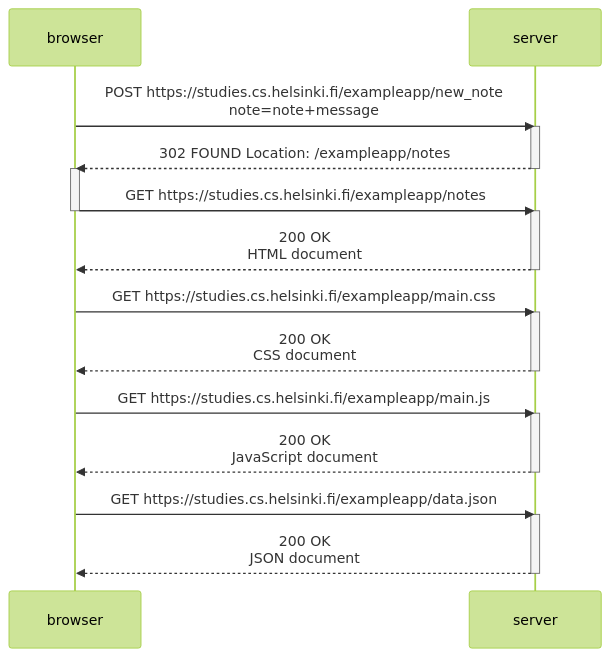
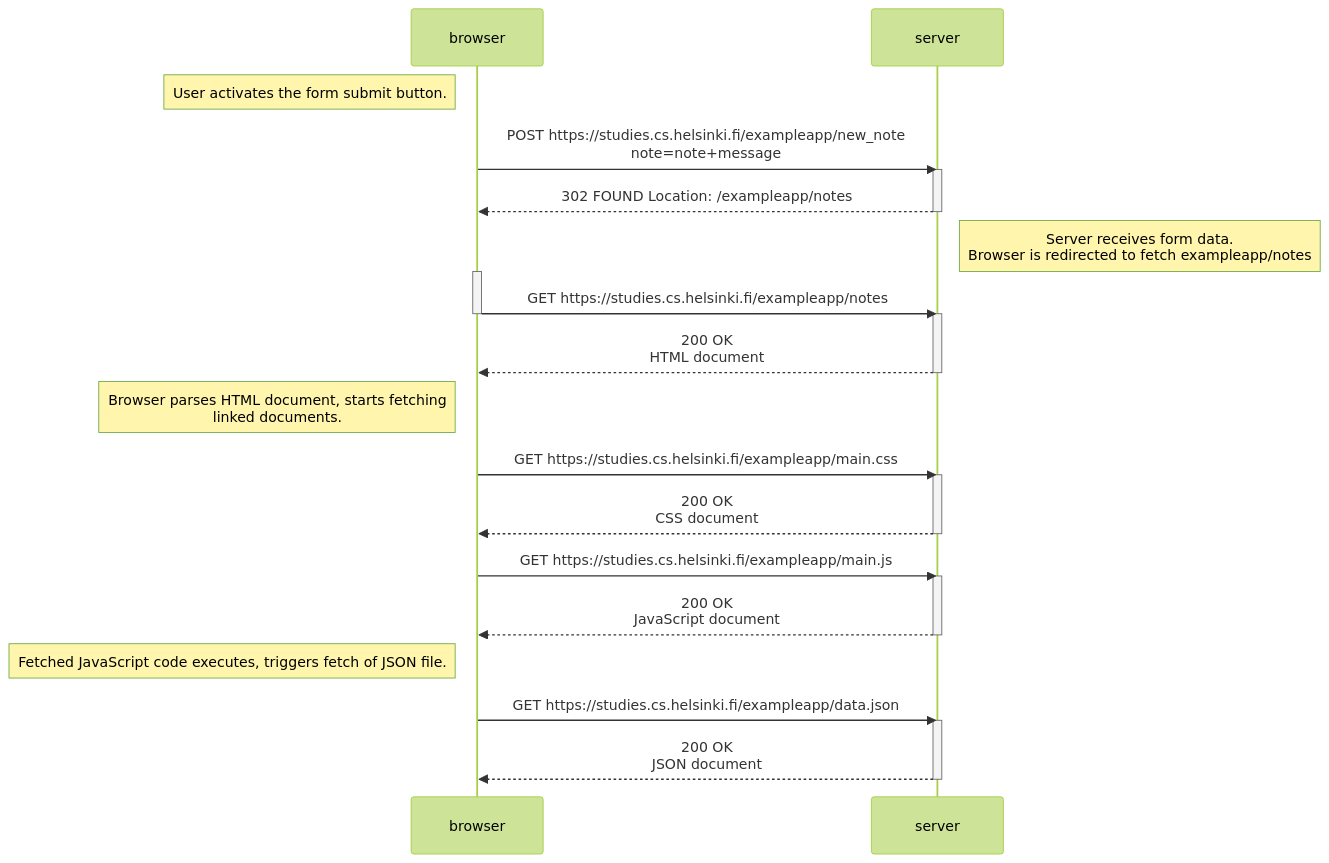
One commit to aniemela-cloud/fullstack-exercises changed the diagram in part0/new-note-diagram/Newnote.md. Above: the diagram before and after it, drawn with Mermaid (forest theme). The commit also changed other lines of this file, not shown here.

Commit message:
Update Newnote.md
Added notes to diagram, changed heading.

````diff
--- a/part0/new-note-diagram/Newnote.md
+++ b/part0/new-note-diagram/Newnote.md
@@ -3,31 +3,36 @@
 ```mermaid
 sequenceDiagram
     participant browser
     participant server
+
+    Note left of browser: User activates the form submit button.
     browser->>server: POST https://studies.cs.helsinki.fi/exampleapp/new_note <br/>note=note+message
     activate server
     server-->>browser: 302 FOUND Location: /exampleapp/notes
     deactivate server
+    Note right of server: Server receives form data.<br/>Browser is redirected to fetch exampleapp/notes
     activate browser
     browser->>server: GET https://studies.cs.helsinki.fi/exampleapp/notes
     deactivate browser
     activate server
     server-->>browser: 200 OK <br/>HTML document
     deactivate server
-
+    
+    Note left of browser: Browser parses HTML document, starts fetching<br/>linked documents.
     browser->>server: GET https://studies.cs.helsinki.fi/exampleapp/main.css
     activate server
     server-->>browser: 200 OK <br/>CSS document
     deactivate server
 
     browser->>server: GET https://studies.cs.helsinki.fi/exampleapp/main.js
     activate server
     server-->>browser: 200 OK <br/>JavaScript document
     deactivate server
 
+    Note left of browser: Fetched JavaScript code executes, triggers fetch of JSON file.
     browser->>server: GET https://studies.cs.helsinki.fi/exampleapp/data.json
     activate server
     server-->>browser: 200 OK <br/>JSON document
     deactivate server
 
 ```
````
